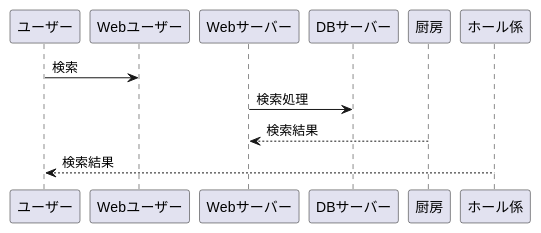
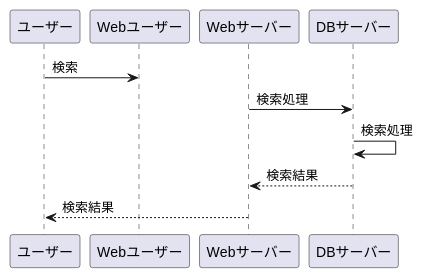
Before and after one commit to Aso2001014/2021sys-design: the diagram in aso.md, drawn with PlantUML.

````diff
--- a/aso.md
+++ b/aso.md
@@ -1,8 +1,9 @@
 ```uml
 @startuml
 ユーザー -> Webユーザー : 検索
 Webサーバー -> DBサーバー : 検索処理
-厨房 -->Webサーバー : 検索結果
-ホール係 --> ユーザー : 検索結果
+DBサーバー -> DBサーバー : 検索処理
+DBサーバー -->Webサーバー : 検索結果
+Webサーバー --> ユーザー : 検索結果
 @enduml
 ```
````
